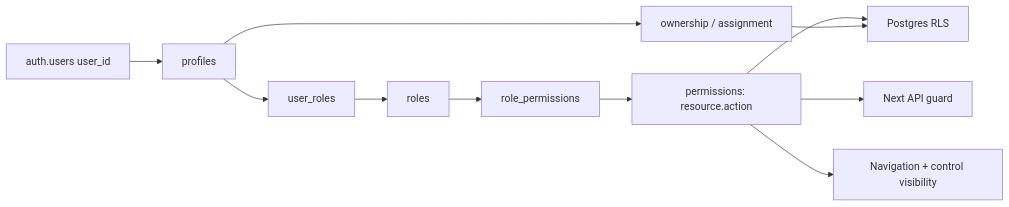
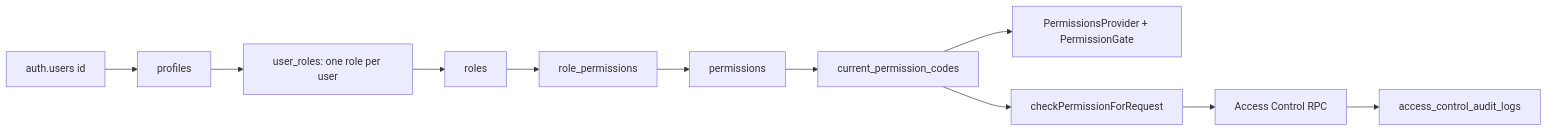
Diagram 11 of 11 in docs/GRAPHRAG-MEMORY.md (ThanhBinhAG/TheAntAdventure), drawn with Mermaid before and after one commit. The commit also changed other lines of this file, not shown here.

Commit message:
docs: Update GraphRAG Memory documentation with new snapshot date and detailed access control section; include flowcharts for permission management and API interactions; enhance clarity on role and permission models.

````diff
--- a/docs/GRAPHRAG-MEMORY.md
+++ b/docs/GRAPHRAG-MEMORY.md
@@ -337,13 +371,13 @@
 ```mermaid
 flowchart LR
-  USER[auth.users user_id] --> PROFILE[profiles]
-  PROFILE --> UR[user_roles]
+  USER[auth.users id] --> PROFILE[profiles]
+  PROFILE --> UR[user_roles: one role per user]
   UR --> ROLE[roles]
   ROLE --> RP[role_permissions]
-  RP --> PERM[permissions: resource.action]
-  PROFILE --> ASSIGN[ownership / assignment]
-  PERM --> RLS[Postgres RLS]
-  PERM --> API[Next API guard]
-  PERM --> UI[Navigation + control visibility]
-  ASSIGN --> RLS
+  RP --> PERM[permissions]
+  PERM --> RPC[current_permission_codes]
+  RPC --> UI[PermissionsProvider + PermissionGate]
+  RPC --> API[checkPermissionForRequest]
+  API --> DBRPC[Access Control RPC]
+  DBRPC --> AUDIT[access_control_audit_logs]
 ```
````
